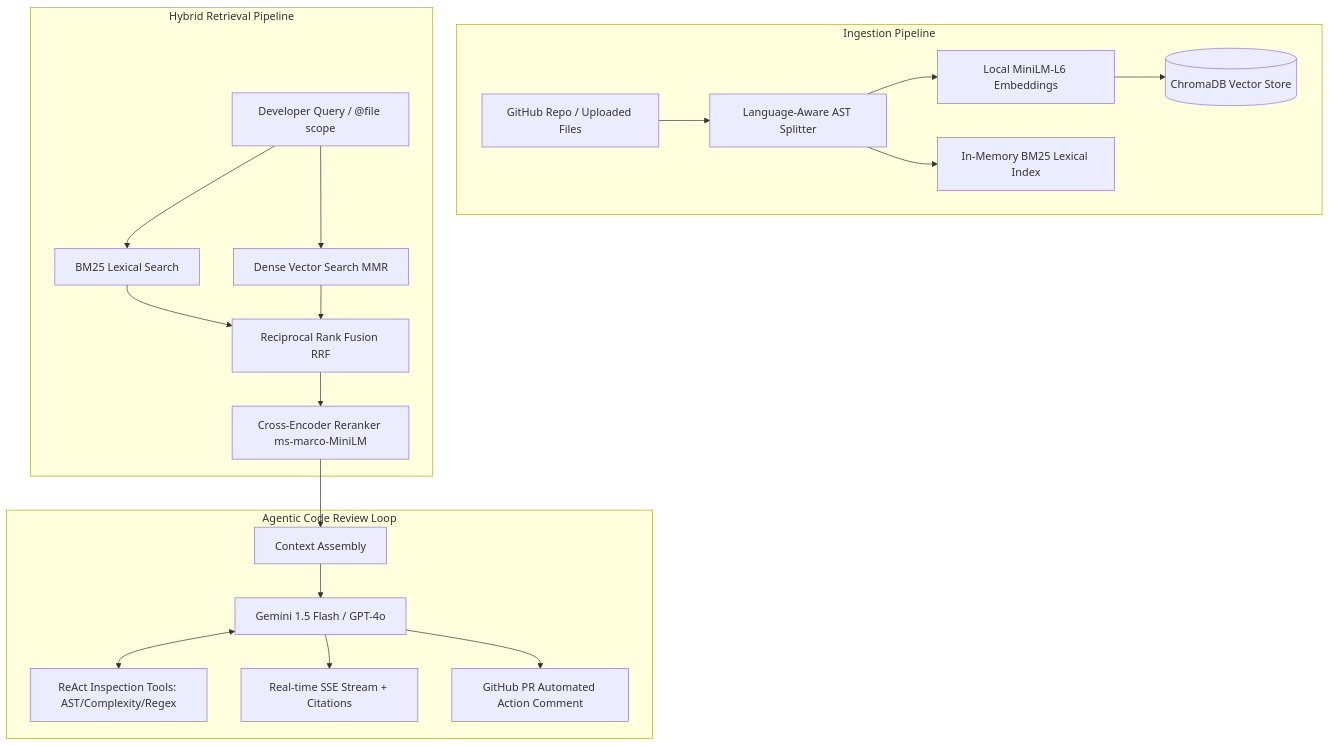
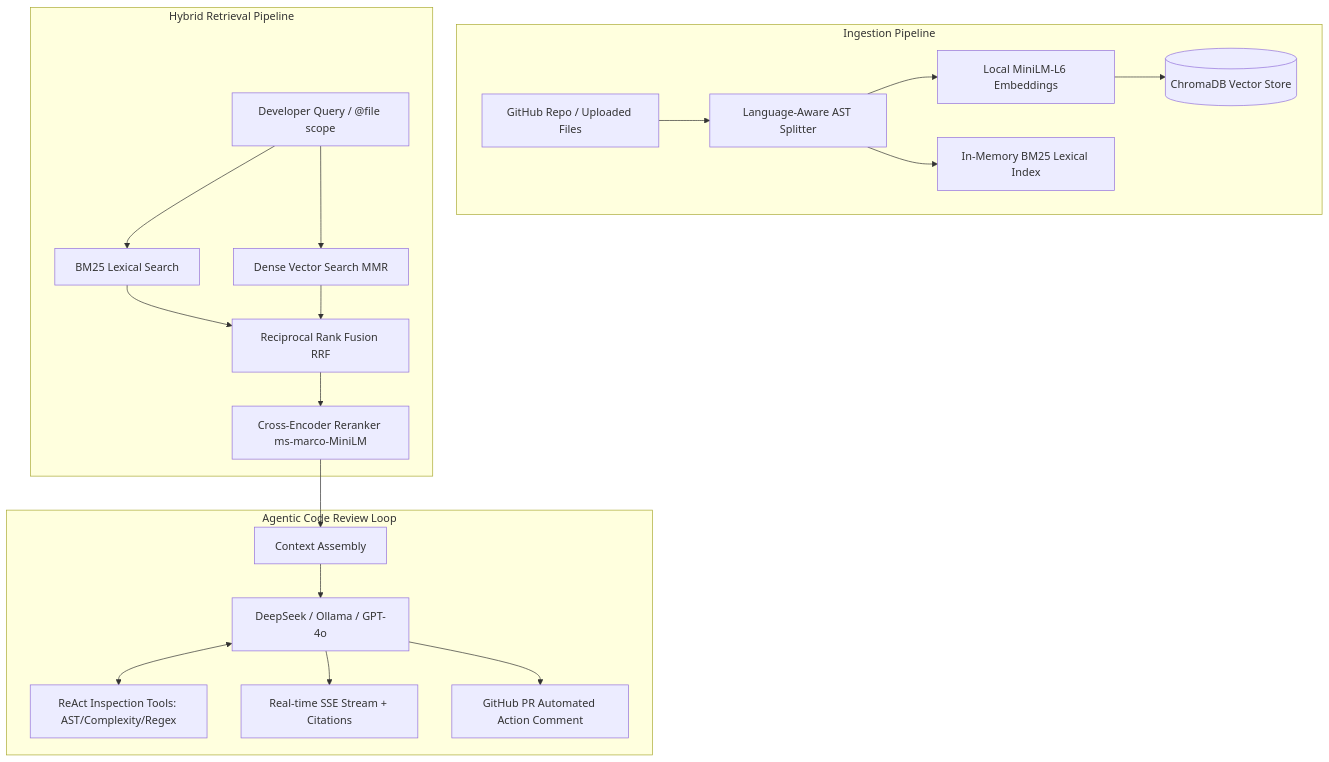
The diagram in README.md (garimauttam/SavFlux), drawn with Mermaid before and after one commit. The commit also changed other lines of this file and 2 other files, not shown here.

Commit message:
test(+docs): 8 new tests for all fixes; update README architecture + quickstart

````diff
--- a/README.md
+++ b/README.md
@@ -29,25 +29,25 @@
 ```mermaid
 flowchart TD
     subgraph Ingestion Pipeline
         A[GitHub Repo / Uploaded Files] --> B[Language-Aware AST Splitter]
         B --> C[Local MiniLM-L6 Embeddings]
         C --> D[(ChromaDB Vector Store)]
         B --> E[In-Memory BM25 Lexical Index]
     end
 
     subgraph Hybrid Retrieval Pipeline
         Q[Developer Query / @file scope] --> F[BM25 Lexical Search]
         Q --> G[Dense Vector Search MMR]
         F --> H[Reciprocal Rank Fusion RRF]
         G --> H
         H --> I[Cross-Encoder Reranker ms-marco-MiniLM]
     end
 
     subgraph Agentic Code Review Loop
         I --> J[Context Assembly]
-        J --> K[Gemini 1.5 Flash / GPT-4o]
+        J --> K[DeepSeek / Ollama / GPT-4o]
         K <--> L[ReAct Inspection Tools: AST/Complexity/Regex]
         K --> M[Real-time SSE Stream + Citations]
         K --> N[GitHub PR Automated Action Comment]
     end
 ```
````
